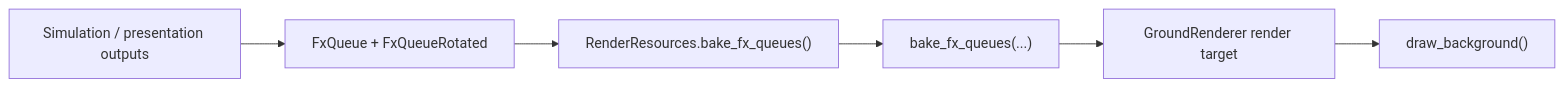
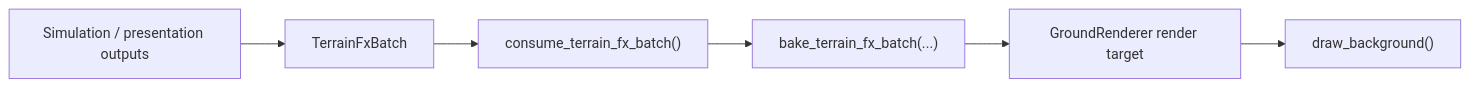
The second of 7 diagrams in docs/rewrite/rendering-pipeline.md (banteg/crimson), drawn with Mermaid before and after one commit. The commit also changed other lines of this file and 27 other files, not shown here.

````diff
--- a/docs/rewrite/rendering-pipeline.md
+++ b/docs/rewrite/rendering-pipeline.md
@@ -97,8 +69,8 @@
 ```mermaid
 flowchart LR
-    A["Simulation / presentation outputs"] --> B["FxQueue + FxQueueRotated"]
-    B --> C["RenderResources.bake_fx_queues()"]
-    C --> D["bake_fx_queues(...)"]
+    A["Simulation / presentation outputs"] --> B["TerrainFxBatch"]
+    B --> C["consume_terrain_fx_batch()"]
+    C --> D["bake_terrain_fx_batch(...)"]
     D --> E["GroundRenderer render target"]
     E --> F["draw_background()"]
 ```
````
